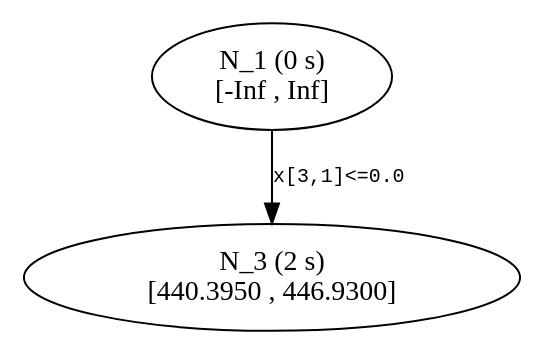
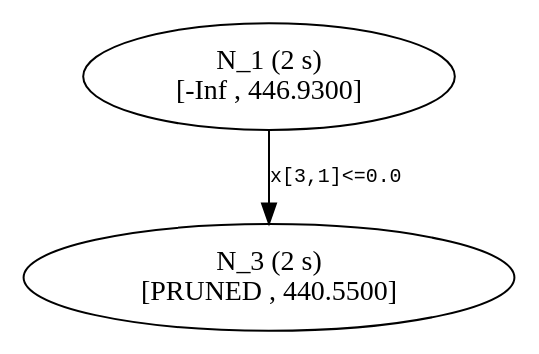
One commit to atoptima/Coluna.jl changed the diagram in dev/start/tree2.dot. Above: the diagram before and after it, drawn with Graphviz. The commit also changed 27 other files, not shown here.

```diff
--- a/dev/start/tree2.dot
+++ b/dev/start/tree2.dot
@@ -1,8 +1,8 @@
 ## dot -Tpdf thisfile > thisfile.pdf 
 
 digraph Branching_Tree {
 	edge[fontname = "Courier", fontsize = 10];
-	n1 [label= "N_1 (0 s) \n[-Inf , Inf]"];
-	n3 [label= "N_3 (2 s) \n[440.3950 , 446.9300]"];
+	n1 [label= "N_1 (2 s) \n[-Inf , 446.9300]"];
+	n3 [label= "N_3 (2 s) \n[PRUNED , 440.5500]"];
 	n1 -> n3 [label= "x[3,1]<=0.0"];
 }
```
